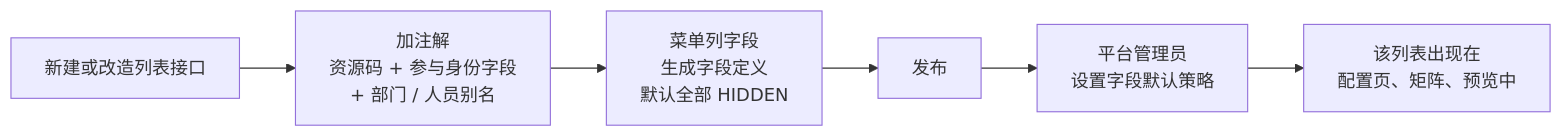
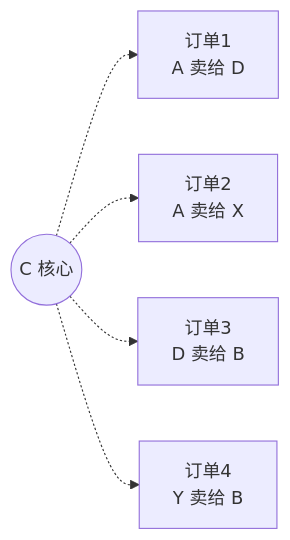
The fourth of 4 diagrams in private/qianrong_权限系统产品设计与数据权限过滤全景方案.md (duuu233/project-hub), drawn with Mermaid before and after one commit. The commit also changed other lines of this file and 1 other file, not shown here.

````diff
--- a/private/qianrong_权限系统产品设计与数据权限过滤全景方案.md
+++ b/private/qianrong_权限系统产品设计与数据权限过滤全景方案.md
@@ -367,8 +91,8 @@
 ```mermaid
 flowchart LR
-    A["新建或改造列表接口"] --> B["加注解<br/>资源码 + 参与身份字段<br/>+ 部门 / 人员别名"]
-    B --> C["菜单列字段<br/>生成字段定义<br/>默认全部 HIDDEN"]
-    C --> D["发布"]
-    D --> E["平台管理员<br/>设置字段默认策略"]
-    E --> F["该列表出现在<br/>配置页、矩阵、预览中"]
+    O1["订单1<br/>A 卖给 D"]
+    O2["订单2<br/>A 卖给 X"]
+    O3["订单3<br/>D 卖给 B"]
+    O4["订单4<br/>Y 卖给 B"]
+    C(("C 核心")) -.-> O1 & O2 & O3 & O4
 ```
````
